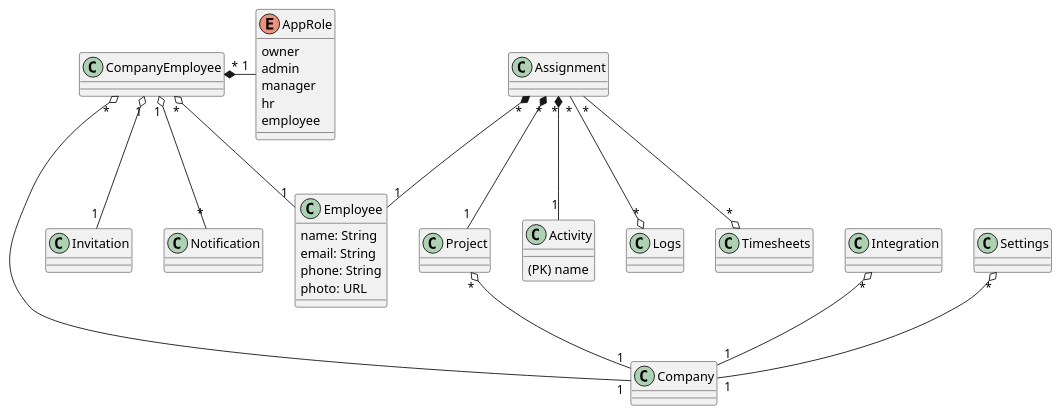
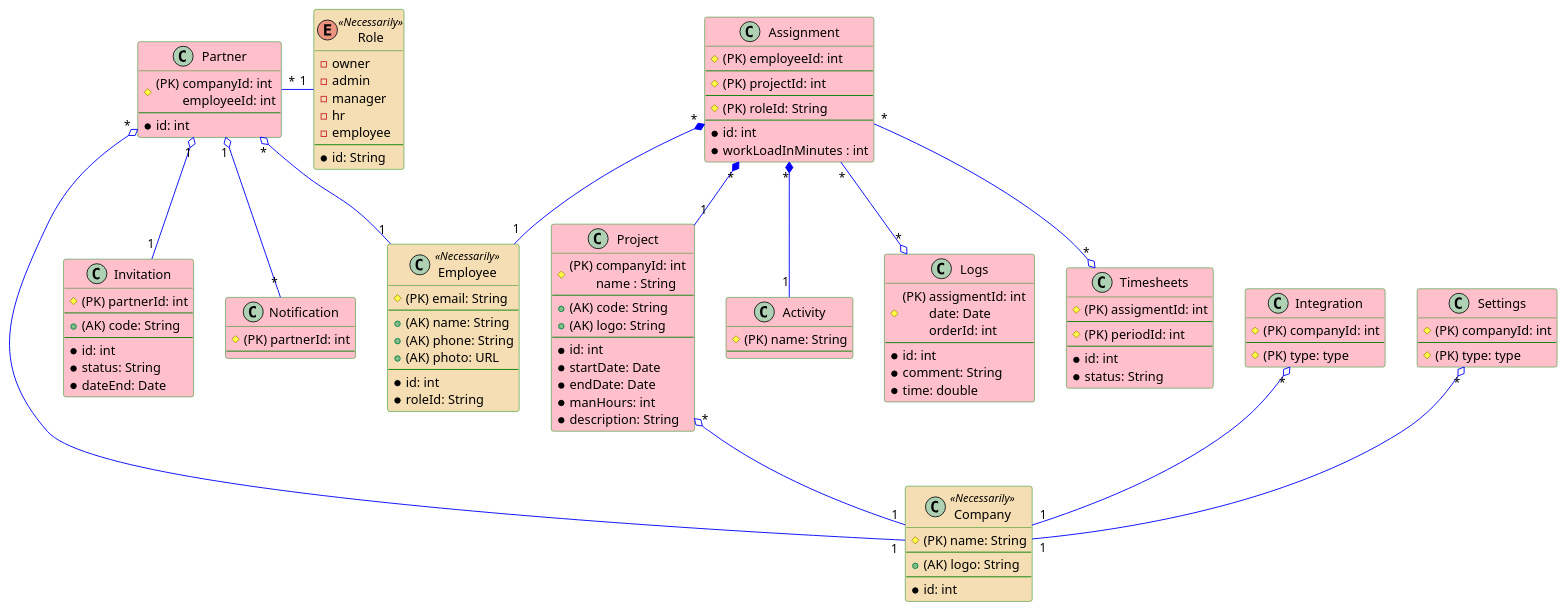
The diagram in src/schame.db.puml (TicTacT0e/stormnet-springDJ), drawn with PlantUML before and after one commit.

Commit message:
updated dependences

```diff
--- a/src/schame.db.puml
+++ b/src/schame.db.puml
@@ -1,47 +1,131 @@
 @startuml
 
-class Company
-class CompanyEmployee
-class Employee {
-  name: String
-  email: String
-  phone: String
-  photo: URL
+    skinparam class {
+        BackgroundColor Pink
+        ArrowColor Blue
+        BorderColor Green
+        BackgroundColor<<Necessarily>> Wheat
+    }
 
-}
-class Project
-class Integration
-class Settings
-enum AppRole {
-  owner
-  admin
-  manager
-  hr
-  employee
-}
-class Invitation
-class Notification
-class Assignment
-class Activity {
-  (PK) name
-}
-class Logs
-class Timesheets
+	class Company <<Necessarily>> {
+	    # (PK) name: String
+	    --
+	    + (AK) logo: String
+	    --
+	    *id: int
+	}
 
+	class Partner {
+	    # (PK) companyId: int \n\temployeeId: int
+	    --
+	    *id: int
+	}
 
-Project "*" o-- "1" Company
-Settings "*" o-- "1" Company
-Integration "*" o-- "1" Company
-CompanyEmployee "*" o-- "1" Company
-CompanyEmployee "*" o-- "1" Employee
-CompanyEmployee "*" *- "1" AppRole
-CompanyEmployee "1" o-- "1" Invitation
-CompanyEmployee "1" o-- "*" Notification
-Assignment "*" *-- "1" Project
-Assignment "*" *-- "1" Employee
-Assignment "*" *-- "1" Activity
-Assignment "*" --o "*" Logs
-Assignment "*" --o "*" Timesheets
+	class Employee <<Necessarily>> {
+	    # (PK) email: String
+	    --
+	    + (AK) name: String
+	    + (AK) phone: String
+	    + (AK) photo: URL
+	    --
+	    *id: int
+	    *roleId: String
+	}
 
+	class Project {
+	    # (PK) companyId: int \n\tname : String
+	    --
+	    + (AK) code: String
+	    + (AK) logo: String
+	    --
+	    *id: int
+	    *startDate: Date
+	    *endDate: Date
+	    *manHours: int
+	    *description: String
+	}
+	class Integration {
+	    #(PK) companyId: int
+	    --
+	    #(PK) type: type
+	}
+
+	class Settings {
+	    #(PK) companyId: int
+    	--
+    	#(PK) type: type
+	}
+
+	enum Role <<Necessarily>> {
+	    - owner
+	    - admin
+	    - manager
+	    - hr
+	    - employee
+	    --
+	    *id: String
+     }
+
+	class Invitation {
+	    # (PK) partnerId: int
+	    --
+	    + (AK) code: String
+	    --
+	    *id: int
+	    *status: String
+	    *dateEnd: Date
+	}
+
+	class Notification {
+	    # (PK) partnerId: int
+	    --
+	}
+
+	class Assignment {
+	    # (PK) employeeId: int
+	    --
+	    # (PK) projectId: int
+	    --
+	    # (PK) roleId: String
+	    --
+	    *id: int
+	    *workLoadInMinutes : int
+	}
+
+	class Activity {
+	    # (PK) name: String
+	    --
+	}
+
+	class Logs {
+	    # (PK) assigmentId: int \n\tdate: Date \n\torderId: int
+	    --
+	    *id: int
+	    *comment: String
+	    *time: double
+	}
+
+	class Timesheets {
+	    # (PK) assigmentId: int
+	    --
+	    # (PK) periodId: int
+	    --
+	    *id: int
+	    *status: String
+	}
+
+	Project "*" o-- "1" Company
+	Settings "*" o-- "1" Company
+	Integration "*" o-- "1" Company
+	Partner "*" o-- "1" Company
+	Partner "*" o-- "1" Employee
+	Partner "*" - "1" Role
+	Partner "1" o-- "1" Invitation
+	Partner "1" o-- "*" Notification
+	Assignment "*" *-- "1" Project
+	Assignment "*" *-- "1" Employee
+	Assignment "*" *-- "1" Activity
+	Assignment "*" --o "*" Logs
+	Assignment "*" --o "*" Timesheets
 
 @enduml
```
